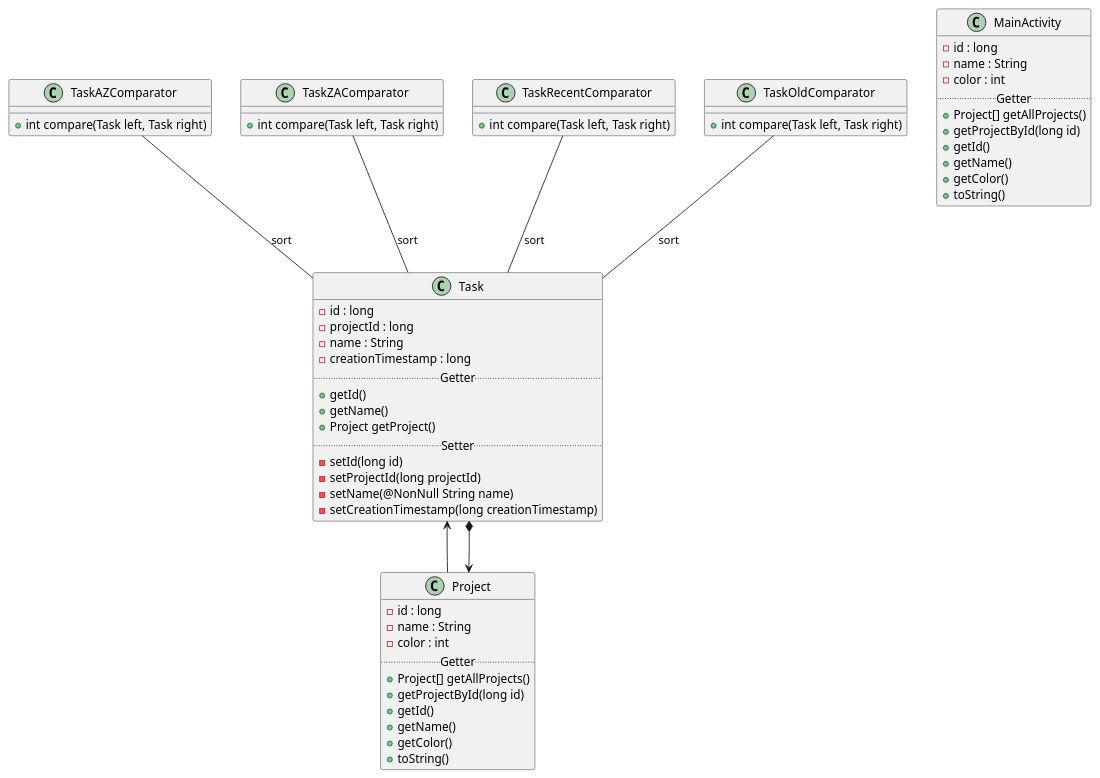
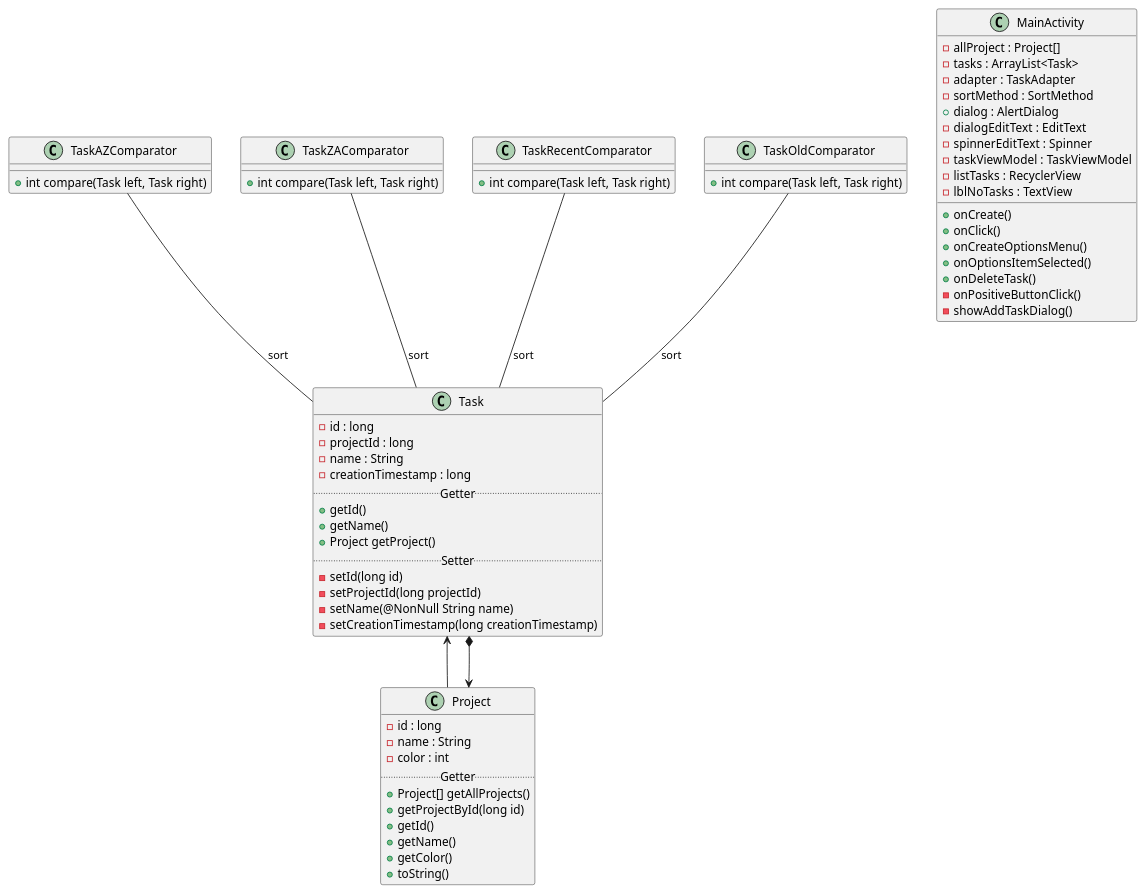
The diagram in modularchitecture.puml (CARAU101517/P5_OC_Cleanup_TODOC), drawn with PlantUML before and after one commit.

Commit message:
changes for apk ok

```diff
--- a/modularchitecture.puml
+++ b/modularchitecture.puml
@@ -1,69 +1,78 @@
 @startuml Todoc Classes Diagram
 class Task {
  - id : long
  - projectId : long
  - name : String
  - creationTimestamp : long
  ..Getter..
  + getId()
  + getName()
  + Project getProject()
  ..Setter..
  - setId(long id)
  - setProjectId(long projectId)
  - setName(@NonNull String name)
  - setCreationTimestamp(long creationTimestamp)
  }
 
 class TaskAZComparator {
  + int compare(Task left, Task right)
  }
 
 class TaskZAComparator {
  + int compare(Task left, Task right)
  }
 
 class TaskRecentComparator {
 + int compare(Task left, Task right)
  }
 
 class TaskOldComparator {
  + int compare(Task left, Task right)
  }
 
 class Project {
  - id : long
  - name : String
  - color : int
  ..Getter..
  + Project[] getAllProjects()
  + getProjectById(long id)
  + getId()
  + getName()
  + getColor()
  + toString()
  }
 
 Project <--* Task
 Task <-- Project
 
 TaskAZComparator -- Task : sort
 TaskZAComparator -- Task : sort
 TaskRecentComparator -- Task : sort
 TaskOldComparator -- Task : sort
 
 class MainActivity {
- - id : long
- - name : String
- - color : int
- ..Getter..
- + Project[] getAllProjects()
- + getProjectById(long id)
- + getId()
- + getName()
- + getColor()
- + toString()
+ - allProject : Project[]
+ - tasks : ArrayList<Task>
+ - adapter : TaskAdapter
+ - sortMethod : SortMethod
+ + dialog : AlertDialog
+ - dialogEditText : EditText
+ - spinnerEditText : Spinner
+ - taskViewModel : TaskViewModel
+ - listTasks : RecyclerView
+ - lblNoTasks : TextView
+
+ + onCreate()
+ + onClick()
+ + onCreateOptionsMenu()
+ + onOptionsItemSelected()
+ + onDeleteTask()
+ - onPositiveButtonClick()
+ - showAddTaskDialog()
+
  }
 
 
 @enduml
```
